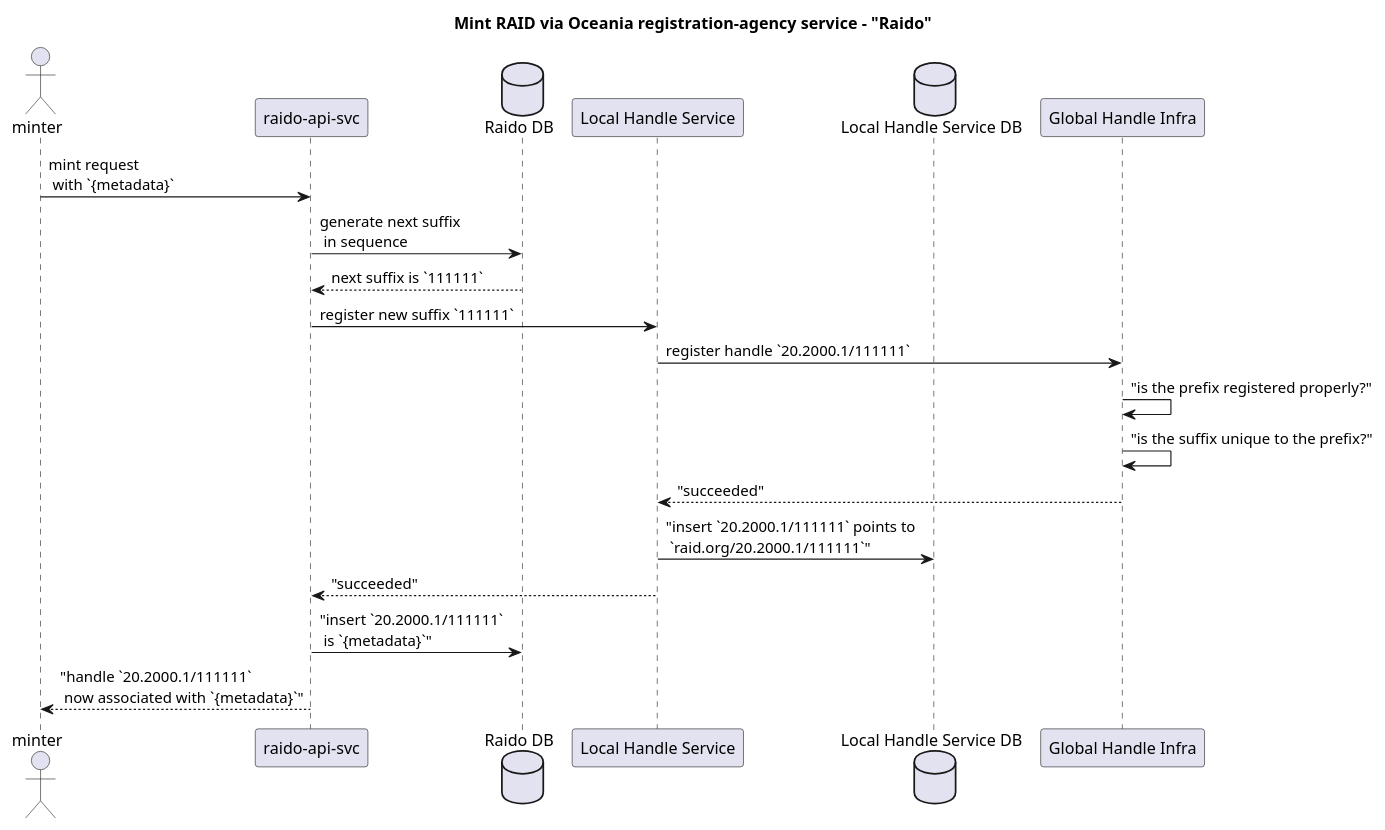
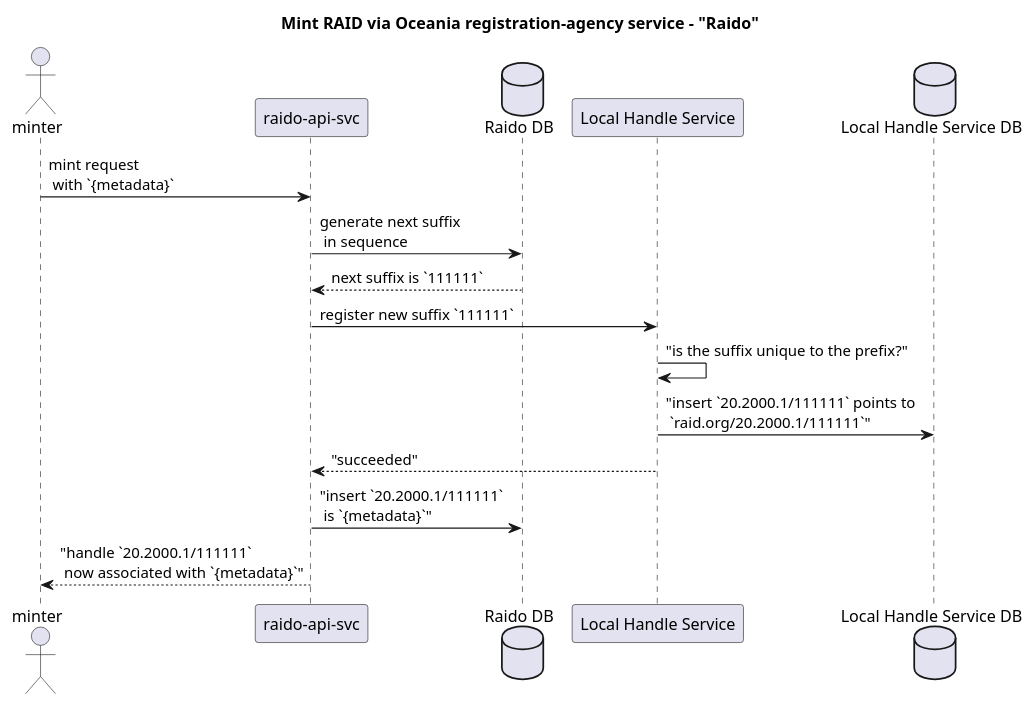
The diagram in doc/architecture/cnri-handle/mint-via-raido.plantuml (au-research/raido), drawn with PlantUML before and after one commit. The commit also changed 3 other files, not shown here.

```diff
--- a/doc/architecture/cnri-handle/mint-via-raido.plantuml
+++ b/doc/architecture/cnri-handle/mint-via-raido.plantuml
@@ -1,26 +1,21 @@
 @startuml
 title Mint RAID via Oceania registration-agency service - "Raido"
 
 actor "minter" as minter
 
 participant "raido-api-svc" as raidoApi
 database "Raido DB" as raidoDb
 
 participant "Local Handle Service" as lhs
 database "Local Handle Service DB" as lhsDb
 
-participant "Global Handle Infra" as ghi
-
 minter -> raidoApi: mint request\n with `{metadata}` 
 raidoApi -> raidoDb: generate next suffix\n in sequence 
 raidoDb --> raidoApi: next suffix is `111111`
 raidoApi -> lhs: register new suffix `111111` 
-lhs -> ghi: register handle `20.2000.1/111111`
-ghi -> ghi: "is the prefix registered properly?"
-ghi -> ghi: "is the suffix unique to the prefix?"
-ghi --> lhs: "succeeded"
+lhs -> lhs: "is the suffix unique to the prefix?"
 lhs -> lhsDb: "insert `20.2000.1/111111` points to\n `raid.org/20.2000.1/111111`"
 lhs --> raidoApi: "succeeded"
 raidoApi -> raidoDb: "insert `20.2000.1/111111`\n is `{metadata}`"
 raidoApi --> minter: "handle `20.2000.1/111111`\n now associated with `{metadata}`"
 @enduml
```
